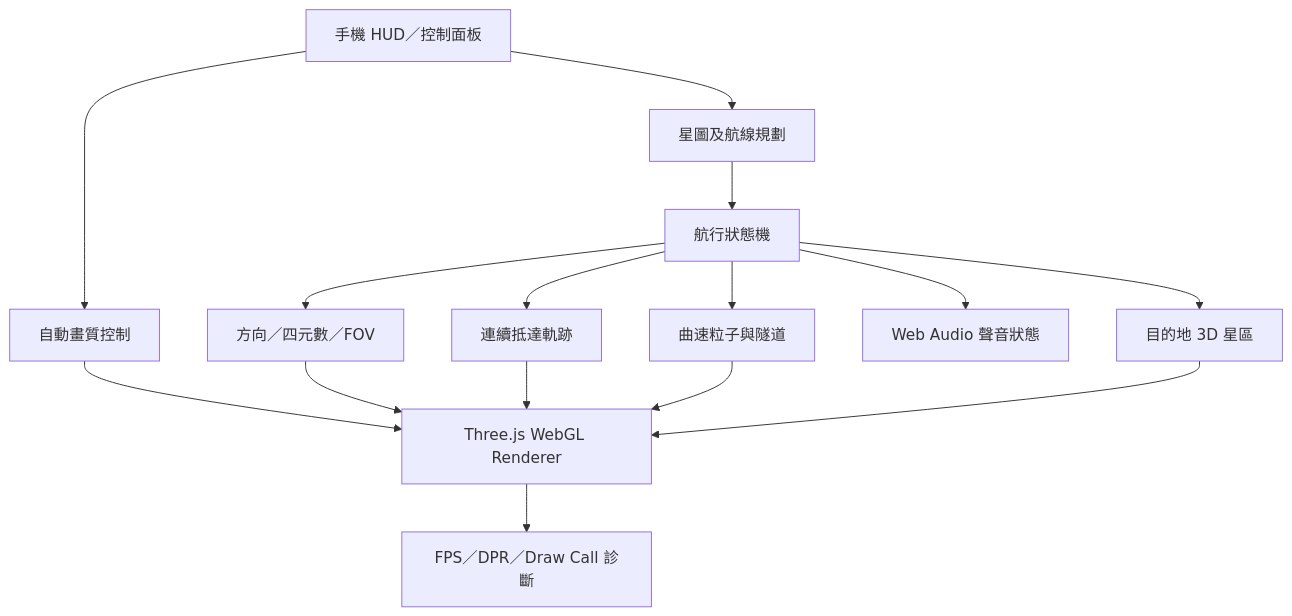
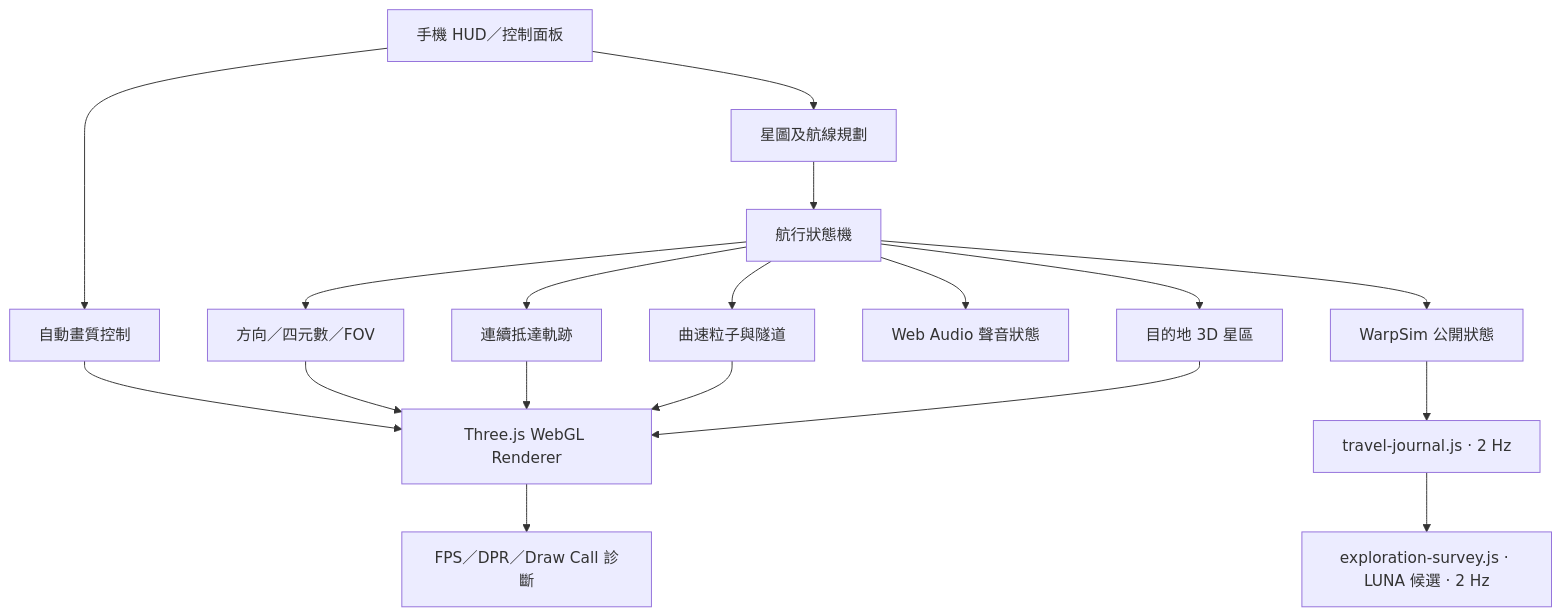
The diagram in docs/ARCHITECTURE.md (kenchan-pixel/stellar-wrap), drawn with Mermaid before and after one commit. The commit also changed other lines of this file, not shown here.

Commit message:
docs: describe low-frequency exploration module

````diff
--- a/docs/ARCHITECTURE.md
+++ b/docs/ARCHITECTURE.md
@@ -18,17 +19,20 @@
 ```mermaid
 flowchart TD
     UI[手機 HUD／控制面板] --> NAV[星圖及航線規劃]
     NAV --> FSM[航行狀態機]
     FSM --> CAMERA[方向／四元數／FOV]
     FSM --> ARRIVAL[連續抵達軌跡]
     FSM --> FX[曲速粒子與隧道]
     FSM --> SYSTEM[目的地 3D 星區]
     FSM --> AUDIO[Web Audio 聲音狀態]
     PERF[自動畫質控制] --> RENDER[Three.js WebGL Renderer]
     CAMERA --> RENDER
     ARRIVAL --> RENDER
     FX --> RENDER
     SYSTEM --> RENDER
     UI --> PERF
     RENDER --> DIAG[FPS／DPR／Draw Call 診斷]
+    FSM --> API[WarpSim 公開狀態]
+    API --> JOURNAL[travel-journal.js · 2 Hz]
+    JOURNAL --> SURVEY[exploration-survey.js · LUNA 候選 · 2 Hz]
 ```
````
